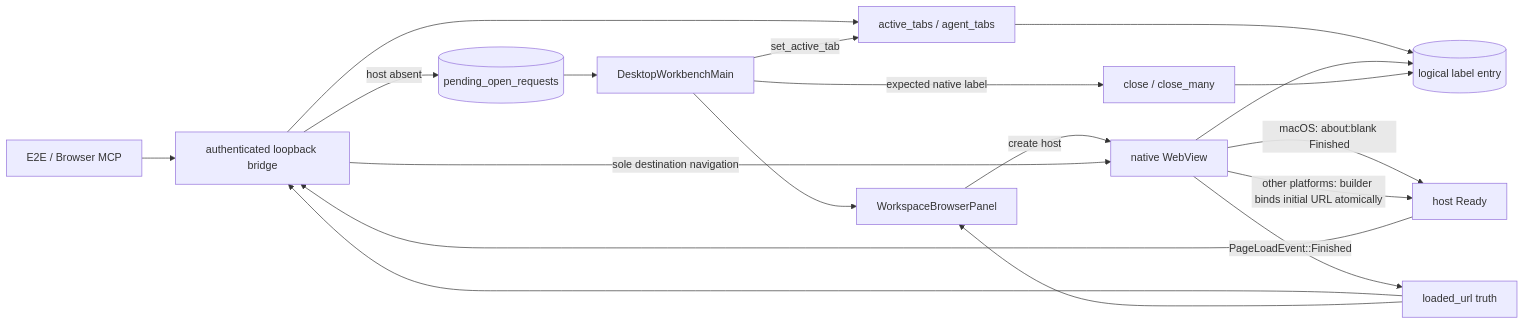
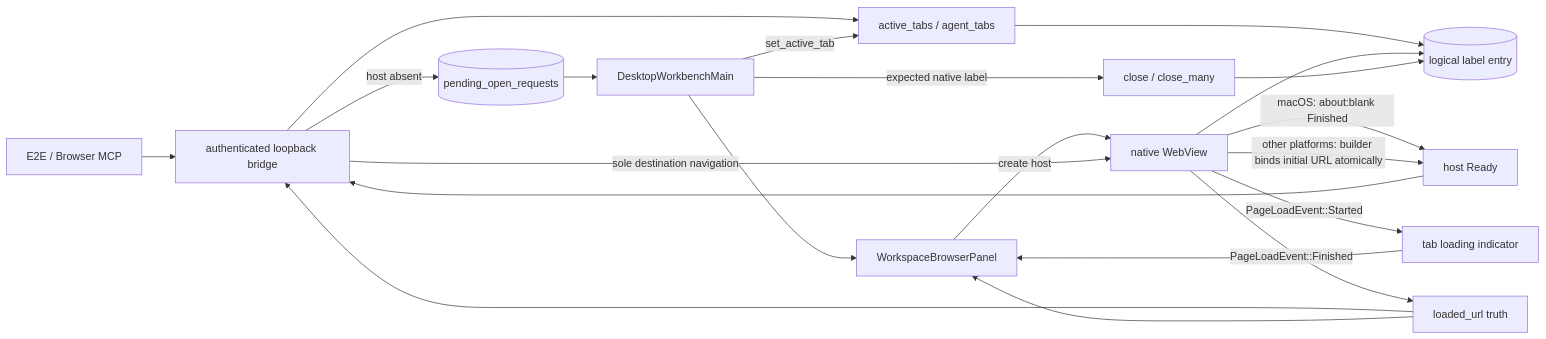
The first of 2 diagrams in docs/en/architecture/embedded-browser.md (wecode-ai/Wegent), drawn with Mermaid before and after one commit. The commit also changed other lines of this file and 10 other files, not shown here.

Commit message:
fix(wework): show browser tab loading state

````diff
--- a/docs/en/architecture/embedded-browser.md
+++ b/docs/en/architecture/embedded-browser.md
@@ -9,21 +9,23 @@
 ```mermaid
 flowchart LR
     CALLER[E2E / Browser MCP] --> BRIDGE[authenticated loopback bridge]
     BRIDGE --> ROUTE[active_tabs / agent_tabs]
     ROUTE --> ENTRY[(logical label entry)]
     BRIDGE -->|host absent| PENDING[(pending_open_requests)]
     PENDING --> MAIN[DesktopWorkbenchMain]
     MAIN --> PANEL[WorkspaceBrowserPanel]
     PANEL -->|create host| WEBVIEW[native WebView]
     WEBVIEW --> ENTRY
     WEBVIEW -->|macOS: about:blank Finished| READY[host Ready]
     WEBVIEW -->|other platforms: builder binds initial URL atomically| READY
     READY --> BRIDGE
     BRIDGE -->|sole destination navigation| WEBVIEW
+    WEBVIEW -->|PageLoadEvent::Started| LOADING[tab loading indicator]
+    LOADING --> PANEL
     WEBVIEW -->|PageLoadEvent::Finished| LOADED[loaded_url truth]
     LOADED --> BRIDGE
     LOADED --> PANEL
     MAIN -->|set_active_tab| ROUTE
     MAIN -->|expected native label| CLOSE[close / close_many]
     CLOSE --> ENTRY
 ```
````
